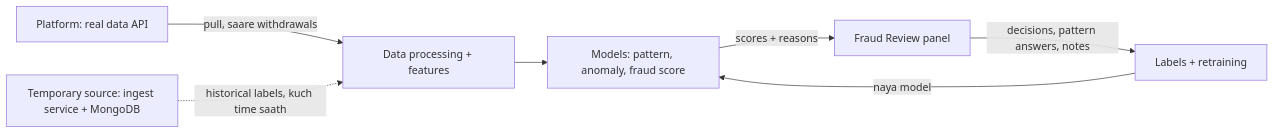
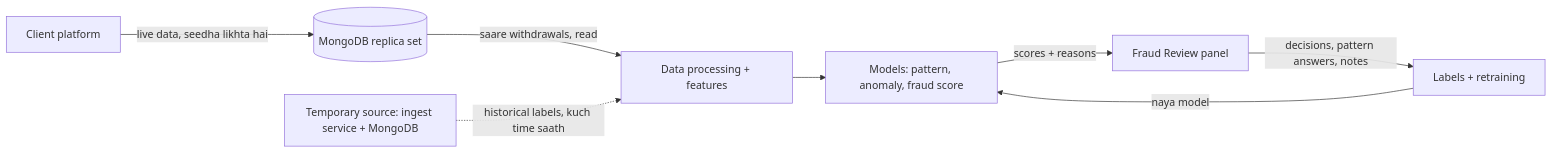
One commit to MiraiGateTechnologies/fraud_detection changed the diagram in documents/Fraud_Detection_System_SRS.md. Above: the diagram before and after it, drawn with Mermaid. The commit also changed other lines of this file and 17 other files, not shown here.

````diff
--- a/documents/Fraud_Detection_System_SRS.md
+++ b/documents/Fraud_Detection_System_SRS.md
@@ -87,9 +90,10 @@
 ```mermaid
 flowchart LR
-    R[Platform: real data API] -->|pull, saare withdrawals| C[Data processing + features]
+    R[Client platform] -->|live data, seedha likhta hai| M[(MongoDB replica set)]
+    M -->|saare withdrawals, read| C[Data processing + features]
     T[Temporary source: ingest service + MongoDB] -.->|historical labels, kuch time saath| C
     C --> D[Models: pattern, anomaly, fraud score]
     D -->|scores + reasons| E[Fraud Review panel]
     E -->|decisions, pattern answers, notes| F[Labels + retraining]
     F -->|naya model| D
 ```
````
